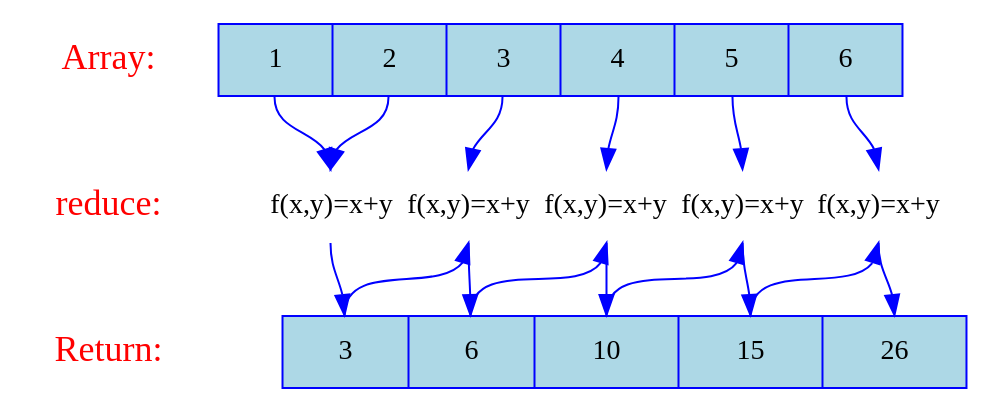
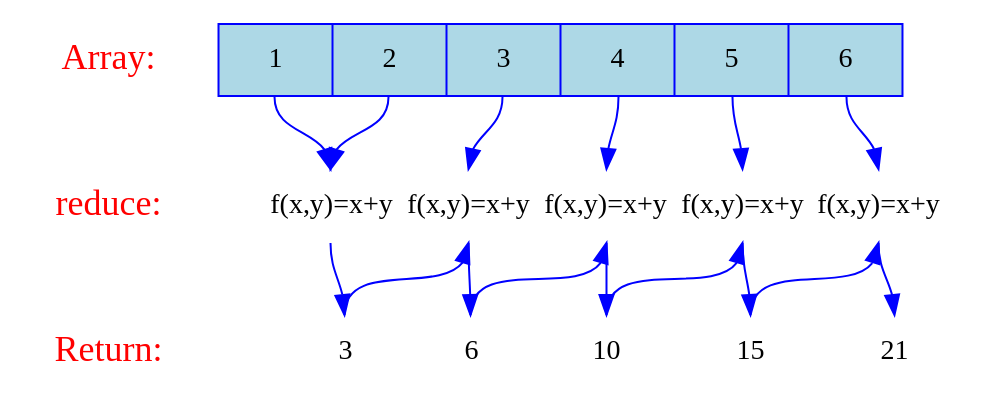
One commit to ifpb/javascript-guide changed the diagram in ecma/assets/array-reduce.dot. Above: the diagram before and after it, drawn with Graphviz. The commit also changed 8 other files, not shown here.

Commit message:
updating array charts

```diff
--- a/ecma/assets/array-reduce.dot
+++ b/ecma/assets/array-reduce.dot
@@ -1,30 +1,30 @@
 digraph {
   node [shape=plaintext, fontcolor=red, fontsize=18];
   "Array:" -> "reduce:" -> "Return:" [color=white];
 
   node [shape=record, fontcolor=black, fontsize=14, width=4.75, fixedsize=true];
   values [label="<f0> 1 | <f1> 2 | <f2> 3 | <f3> 4 | <f4> 5 | <f5> 6", color=blue, fillcolor=lightblue, style=filled];
   functions [label="<f0> f(x,y)=x+y | <f1> f(x,y)=x+y | <f2> f(x,y)=x+y | <f3> f(x,y)=x+y| <f4> f(x,y)=x+y", color=white];
-  results [label="<f0> 3 | <f1> 6 | <f2> 10 | <f3> 15 | <f4> 26", color=blue, fillcolor=lightblue, style=filled];
+  results [label="<f0> 3 | <f1> 6 | <f2> 10 | <f3> 15 | <f4> 21", color=white];
 
   { rank=same; "Array:"; values }
   { rank=same; "reduce:"; functions }
   { rank=same; "Return:"; results }
 
   edge [color=blue];
   values:f0 -> functions:f0;
   values:f1 -> functions:f0;
   values:f2 -> functions:f1;
   values:f3 -> functions:f2;
   values:f4 -> functions:f3;
   values:f5 -> functions:f4;
   functions:f0 -> results:f0;
   functions:f1 -> results:f1;
   functions:f2 -> results:f2;
   functions:f3 -> results:f3;
   functions:f4 -> results:f4;
   results:f0 -> functions:f1;
   results:f1 -> functions:f2;
   results:f2 -> functions:f3;
   results:f3 -> functions:f4;
 }
```
